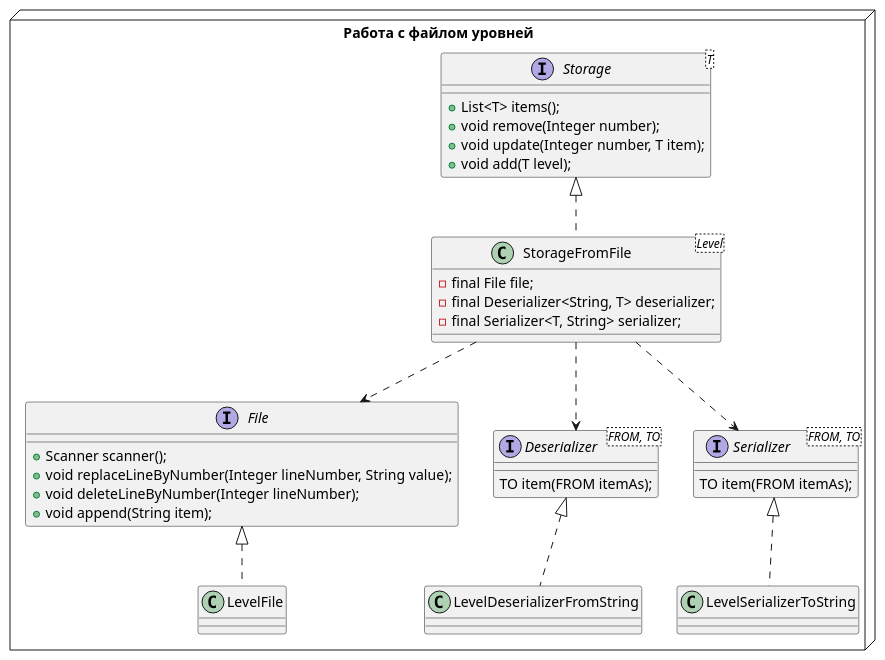
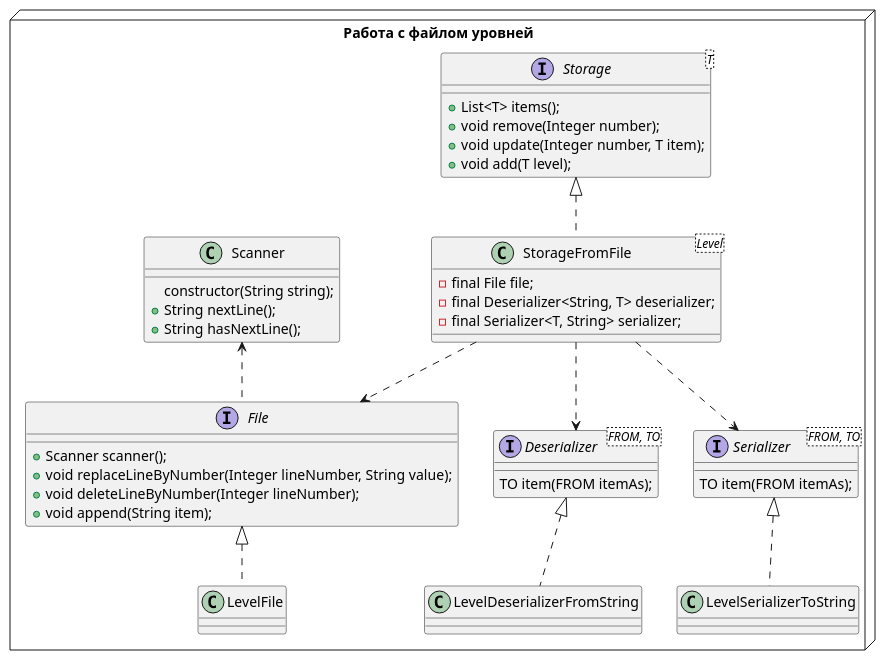
The diagram in src/main/java/com/vitaliy/turkov/level/editor/puml/mainclass.puml (vitalyaTurkov/opppo), drawn with PlantUML before and after one commit. The commit also changed 1 other file, not shown here.

Commit message:
feat(uml): update diagrams

```diff
--- a/src/main/java/com/vitaliy/turkov/level/editor/puml/mainclass.puml
+++ b/src/main/java/com/vitaliy/turkov/level/editor/puml/mainclass.puml
@@ -1,63 +1,69 @@
 @startuml
 node "Работа с файлом уровней" {
 'class LevelEditor {
 '}
 '
 'class Application {
 '}
 '
 'class MainUI {
 '}
 'class Scene {
 '}
 
 interface Storage<T> {
     +List<T> items();
     +void remove(Integer number);
     +void update(Integer number, T item);
     +void add(T level);
 }
 
 interface File {
     +Scanner scanner();
     +void replaceLineByNumber(Integer lineNumber, String value);
     +void deleteLineByNumber(Integer lineNumber);
     +void append(String item);
 }
 
 interface Deserializer<FROM, TO> {
     TO item(FROM itemAs);
 }
 
 interface Serializer<FROM, TO> {
     TO item(FROM itemAs);
 }
 
 class StorageFromFile<Level> {
     -final File file;
     -final Deserializer<String, T> deserializer;
     -final Serializer<T, String> serializer;
 }
 
 class LevelFile {
 }
 
 class LevelDeserializerFromString {
 }
 
 class LevelSerializerToString {
 }
 
+class Scanner {
+    constructor(String string);
+    +String nextLine();
+    +String hasNextLine();
+}
 
 }
 Storage <|.. StorageFromFile
 File <|.. LevelFile
 Deserializer <|.. LevelDeserializerFromString
 Serializer <|.. LevelSerializerToString
 StorageFromFile ..> File
 StorageFromFile ..> Deserializer
 StorageFromFile ..> Serializer
+Scanner <.. File
 
 
 
 @enduml
```
